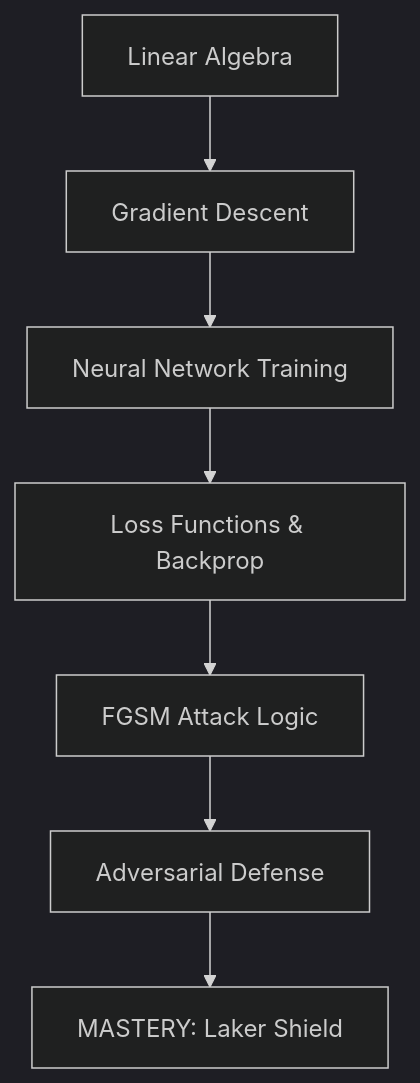
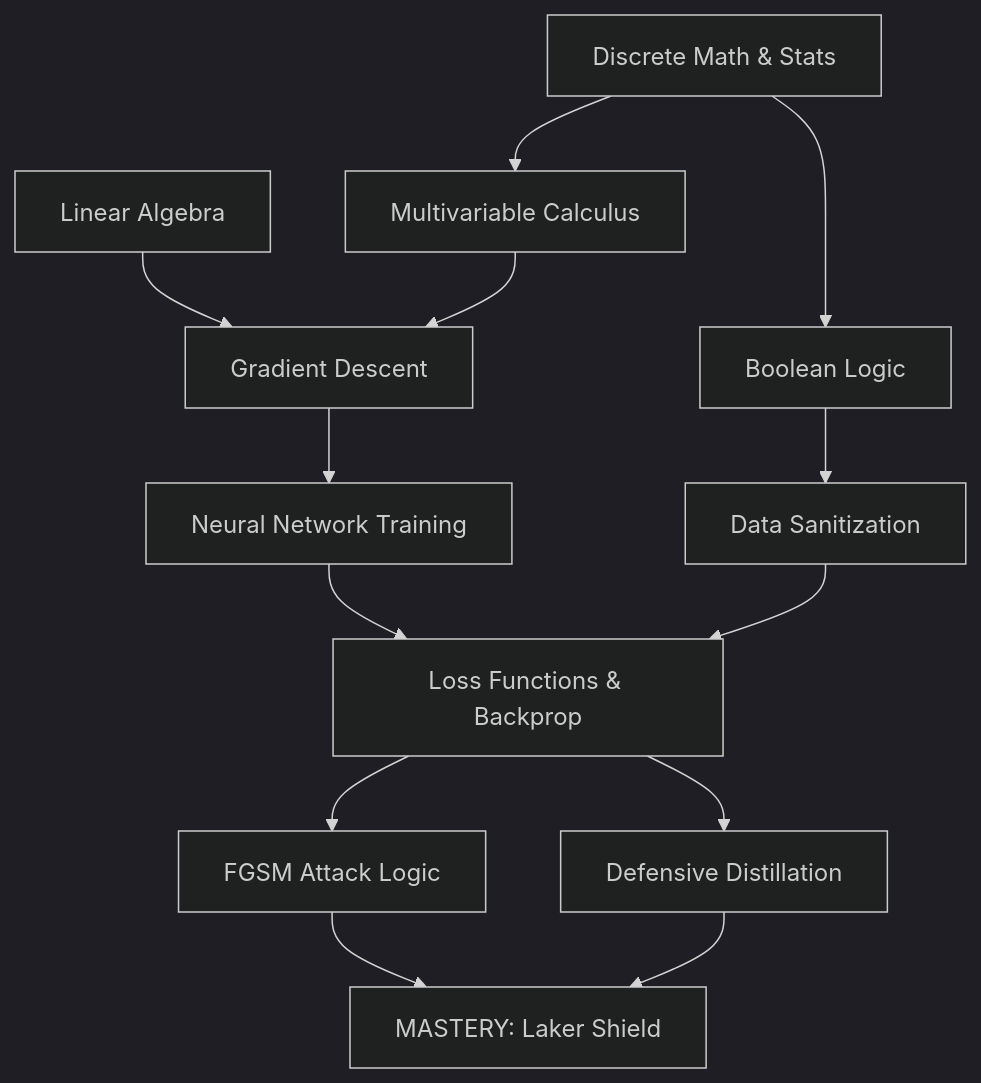
The first of 2 diagrams in thought-experiments/AI-Machine-Learning/Expert/laker-shield.md (AutoNateAI/autonateai-tutoring), drawn with Mermaid (dark theme) before and after one commit. The commit also changed other lines of this file, not shown here.

Commit message:
feat: upgrade mission diagrams to interconnected network style

````diff
--- a/thought-experiments/AI-Machine-Learning/Expert/laker-shield.md
+++ b/thought-experiments/AI-Machine-Learning/Expert/laker-shield.md
@@ -30,9 +30,15 @@
 ```mermaid
 graph TD
-    A[Linear Algebra] --> B[Gradient Descent]
-    B --> C[Neural Network Training]
-    C --> D[Loss Functions & Backprop]
-    D --> E[FGSM Attack Logic]
-    E --> F[Adversarial Defense]
-    F --> G[MASTERY: Laker Shield]
+    Math[Discrete Math & Stats] --> Logic[Boolean Logic]
+    Math --> Calculus[Multivariable Calculus]
+    Calc[Linear Algebra] --> Grad[Gradient Descent]
+    Calculus --> Grad
+    Grad --> NN[Neural Network Training]
+    Logic --> Data[Data Sanitization]
+    NN --> Loss[Loss Functions & Backprop]
+    Data --> Loss
+    Loss --> FGSM[FGSM Attack Logic]
+    Loss --> Distill[Defensive Distillation]
+    FGSM --> Shield[MASTERY: Laker Shield]
+    Distill --> Shield
 ```
````
